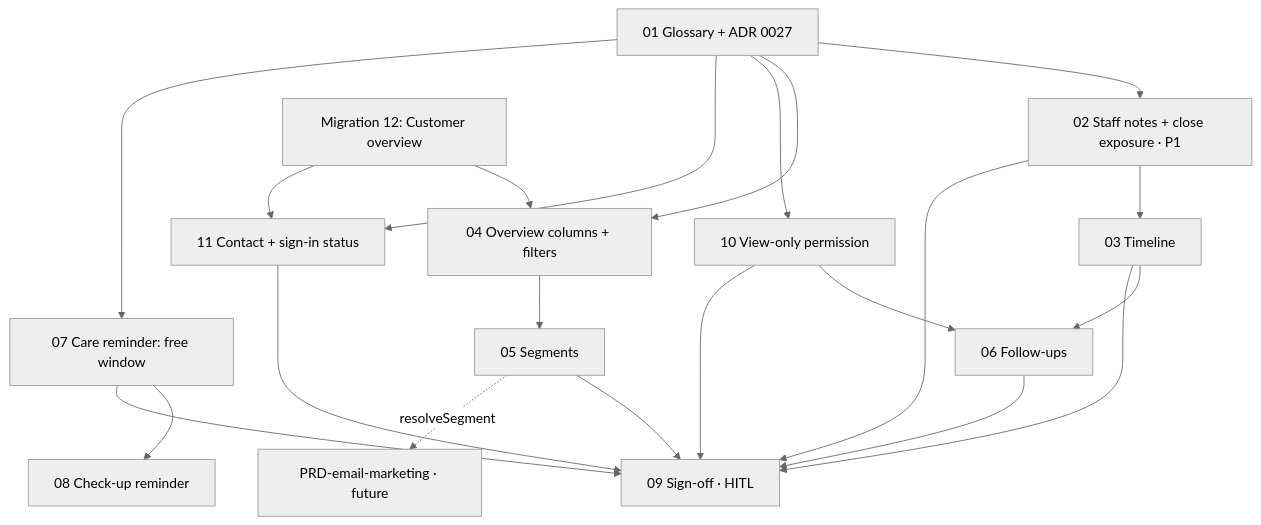
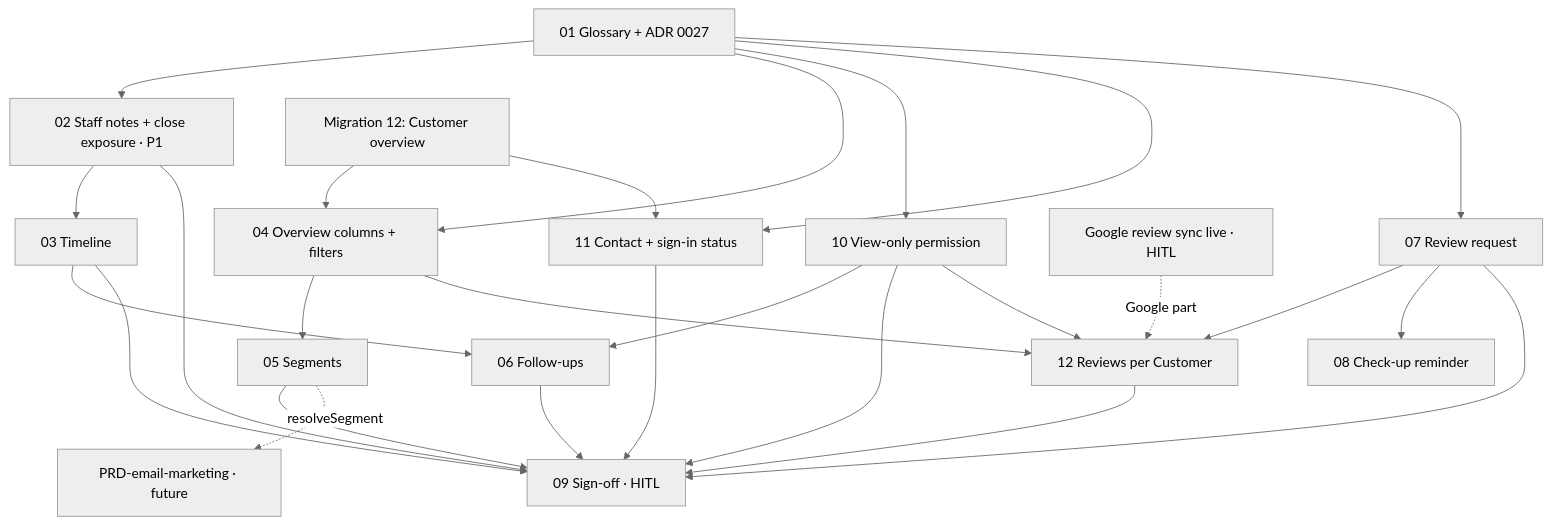
One commit to ivanyeors/mp changed the diagram in .claude/PRD-customer-crm/issues/README.md. Above: the diagram before and after it, drawn with Mermaid (neutral theme). The commit also changed other lines of this file and 18 other files, not shown here.

First line of the commit message:
PRD CRM: Google review request after delivery, and reviews per customer

````diff
--- a/.claude/PRD-customer-crm/issues/README.md
+++ b/.claude/PRD-customer-crm/issues/README.md
@@ -31,37 +32,44 @@
 ```mermaid
 graph TD
   s01[01 Glossary + ADR 0027]
   s02[02 Staff notes + close exposure · P1]
   s03[03 Timeline]
   s04[04 Overview columns + filters]
   s05[05 Segments]
   s06[06 Follow-ups]
-  s07[07 Care reminder: free window]
+  s07[07 Review request]
   s08[08 Check-up reminder]
   s09[09 Sign-off · HITL]
   s10[10 View-only permission]
   s11[11 Contact + sign-in status]
+  s12[12 Reviews per Customer]
+  gr[Google review sync live · HITL]
   m12[Migration 12: Customer overview]
   em[PRD-email-marketing · future]
 
   s01 --> s02
   s02 --> s03
   s01 --> s04
   m12 --> s04
   s04 --> s05
   s03 --> s06
   s01 --> s10
   s10 --> s06
   s01 --> s11
   m12 --> s11
   s10 --> s09
   s11 --> s09
+  s04 --> s12
+  s07 --> s12
+  s10 --> s12
+  gr -. Google part .-> s12
+  s12 --> s09
   s01 --> s07
   s07 --> s08
   s02 --> s09
   s03 --> s09
   s05 --> s09
   s06 --> s09
   s07 --> s09
   s05 -. resolveSegment .-> em
 ```
````
